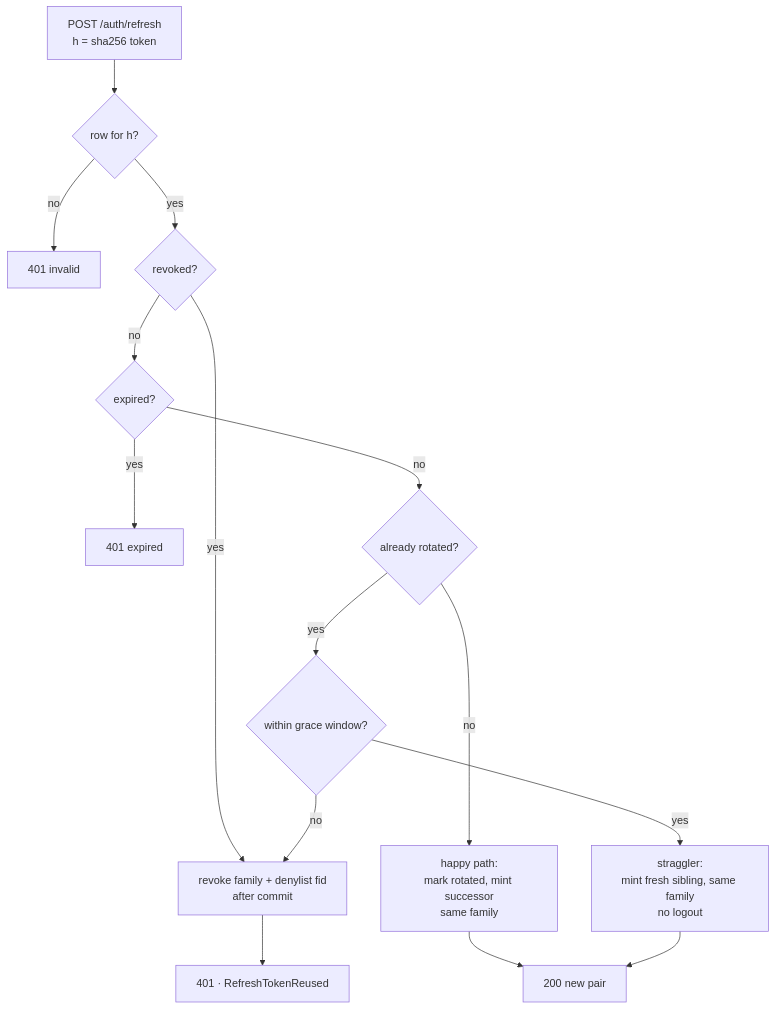
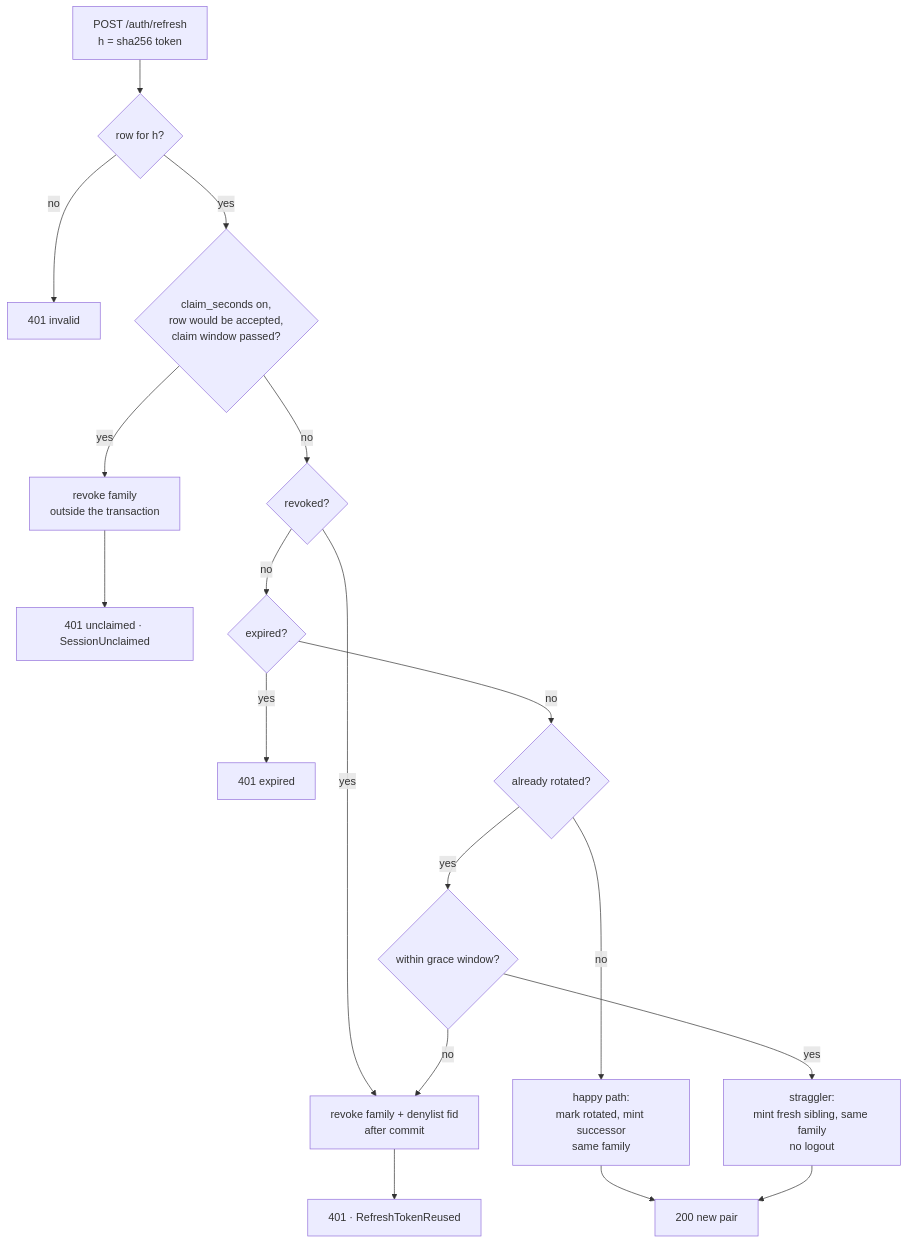
Before and after one commit to stsepelin/lukk-docs: the diagram in docs/tokens-and-rotation.md, drawn with Mermaid. The commit also changed other lines of this file and 10 other files, not shown here.

````diff
--- a/docs/tokens-and-rotation.md
+++ b/docs/tokens-and-rotation.md
@@ -64,14 +70,16 @@
 ```mermaid
 flowchart TD
     A[POST /auth/refresh<br/>h = sha256 token] --> B{row for h?}
     B -- no --> X[401 invalid]
-    B -- yes --> C{revoked?}
+    B -- yes --> N{claim_seconds on,<br/>row would be accepted,<br/>claim window passed?}
+    N -- yes --> U[revoke family<br/>outside the transaction] --> V[401 unclaimed · SessionUnclaimed]
+    N -- no --> C{revoked?}
     C -- yes --> K[revoke family + denylist fid<br/>after commit] --> R[401 · RefreshTokenReused]
     C -- no --> D{expired?}
     D -- yes --> X2[401 expired]
     D -- no --> E{already rotated?}
     E -- no --> H[happy path:<br/>mark rotated, mint successor<br/>same family] --> P[200 new pair]
     E -- yes --> G{within grace window?}
     G -- yes --> S[straggler:<br/>mint fresh sibling, same family<br/>no logout] --> P
     G -- no --> K
 ```
````
